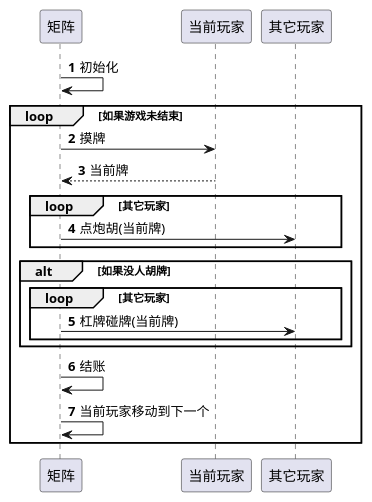
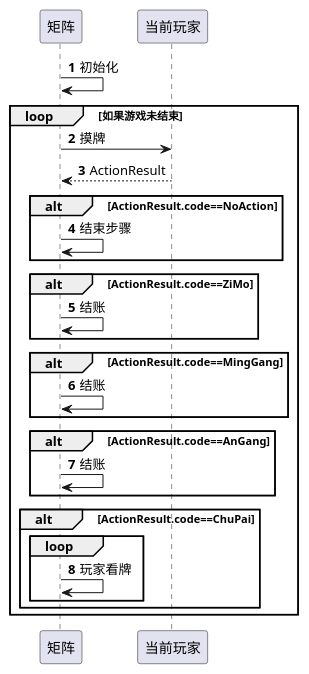
The diagram in src/main/java/com/guci/MaJiangGame/GameSequence.puml (guci314/MaJiang), drawn with PlantUML before and after one commit. The commit also changed 22 other files, not shown here.

```diff
--- a/src/main/java/com/guci/MaJiangGame/GameSequence.puml
+++ b/src/main/java/com/guci/MaJiangGame/GameSequence.puml
@@ -1,22 +1,29 @@
 @startuml
 'https://plantuml.com/sequence-diagram
 
 autonumber
 
 矩阵 -> 矩阵 : 初始化
 loop 如果游戏未结束
     矩阵 -> 当前玩家: 摸牌
-    return 当前牌
-    loop 其它玩家
-        矩阵 -> 其它玩家: 点炮胡(当前牌)
+    return ActionResult
+    alt ActionResult.code==NoAction
+        矩阵 -> 矩阵 : 结束步骤
     end
-    alt 如果没人胡牌
-        loop 其它玩家
-            矩阵 -> 其它玩家: 杠牌碰牌(当前牌)
+    alt ActionResult.code==ZiMo
+        矩阵 -> 矩阵 : 结账
+    end
+    alt ActionResult.code==MingGang
+        矩阵 -> 矩阵 : 结账
+    end
+    alt ActionResult.code==AnGang
+        矩阵 -> 矩阵 : 结账
+    end
+    alt ActionResult.code==ChuPai
+        loop
+            矩阵->矩阵:玩家看牌
         end
     end
-    矩阵 -> 矩阵 : 结账
-    矩阵 -> 矩阵 : 当前玩家移动到下一个
 end
 
 @enduml
```
